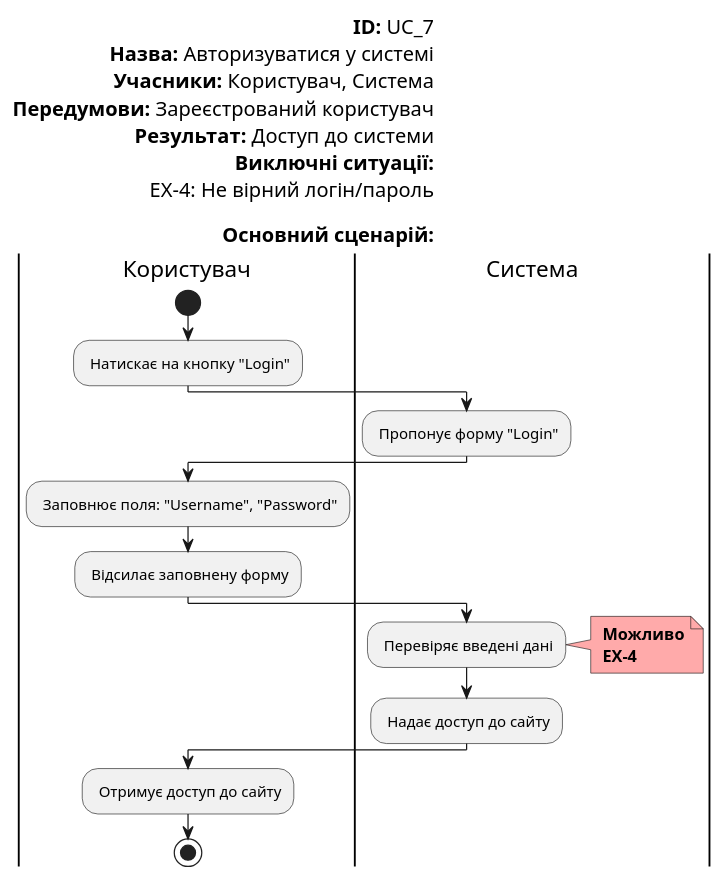
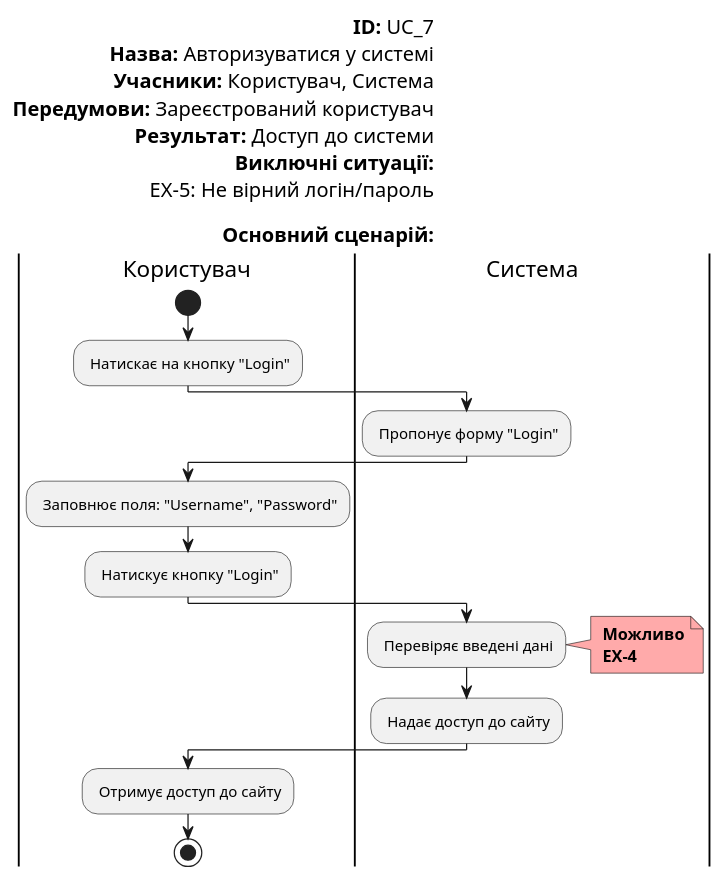
One commit to horidor/open-data-management-system changed diagram 11 of 12 in docs/use cases/README.md. Above: the diagram before and after it, drawn with PlantUML. The commit also changed other lines of this file, not shown here.

```diff
--- a/docs/use cases/README.md
+++ b/docs/use cases/README.md
@@ -337,33 +365,33 @@
 @startuml
 
     left header
         <font color=000 size=16><b>ID:</b> UC_7
         <font color=000 size=16><b>Назва:</b> Авторизуватися у системі
         <font color=000 size=16><b>Учасники:</b> Користувач, Система
         <font color=000 size=16><b>Передумови:</b> Зареєстрований користувач
         <font color=000 size=16><b>Результат:</b> Доступ до системи
         <font color=000 size=16><b>Виключні ситуації:</b>
-        <font color=000 size=16>EX-4: Не вірний логін/пароль
+        <font color=000 size=16>EX-5: Не вірний логін/пароль
         
         <font color=000 size=16><b>Основний сценарій:</b>
     end header
 
     |Користувач|
         start
         : Натискає на кнопку "Login";
     |Система|
         : Пропонує форму "Login";
     |Користувач|
         : Заповнює поля: "Username", "Password";
-        : Відсилає заповнену форму;
+        : Натискує кнопку "Login";
     |Система|
         : Перевіряє введені дані;
         note right #ffaaaa
         <b> Можливо
         <b> EX-4
         end note
         : Надає доступ до сайту;
     |Користувач|
         : Отримує доступ до сайту;
         stop;
 @enduml
```
